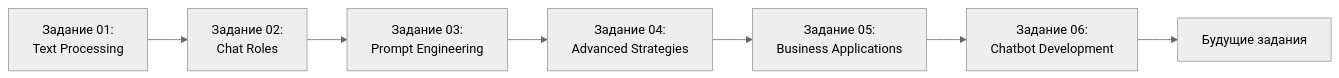
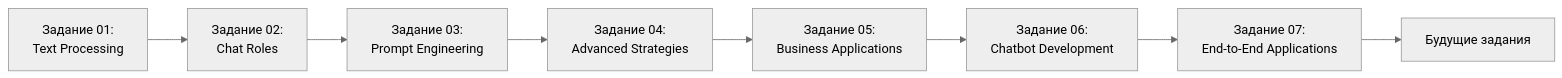
One commit to artipy/ai_knowledge_db_and_projects changed the diagram in Exercises/README.md. Above: the diagram before and after it, drawn with Mermaid (neutral theme). The commit also changed other lines of this file and 2 other files, not shown here.

````diff
--- a/Exercises/README.md
+++ b/Exercises/README.md
@@ -181,9 +204,10 @@
 ```mermaid
 graph LR
     A[Задание 01:<br/>Text Processing] --> B[Задание 02:<br/>Chat Roles]
     B --> C[Задание 03:<br/>Prompt Engineering]
     C --> D[Задание 04:<br/>Advanced Strategies]
     D --> E[Задание 05:<br/>Business Applications]
     E --> F[Задание 06:<br/>Chatbot Development]
-    F --> G[Будущие задания]
+    F --> G[Задание 07:<br/>End-to-End Applications]
+    G --> H[Будущие задания]
 ```
````
